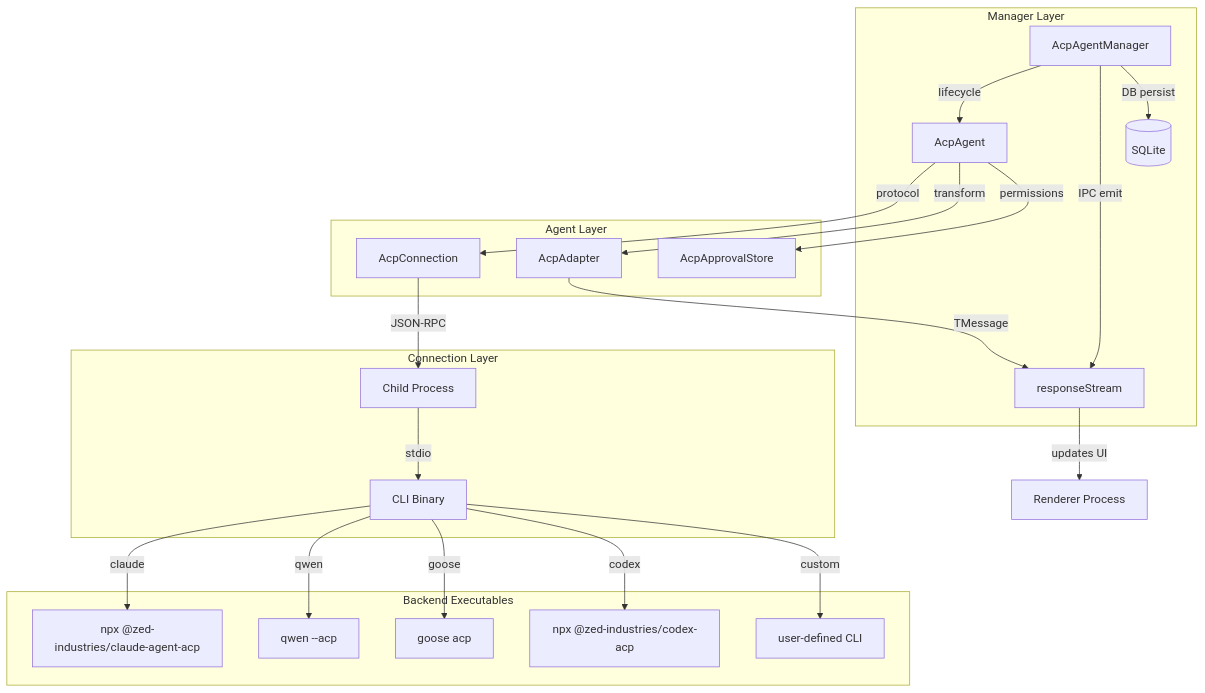
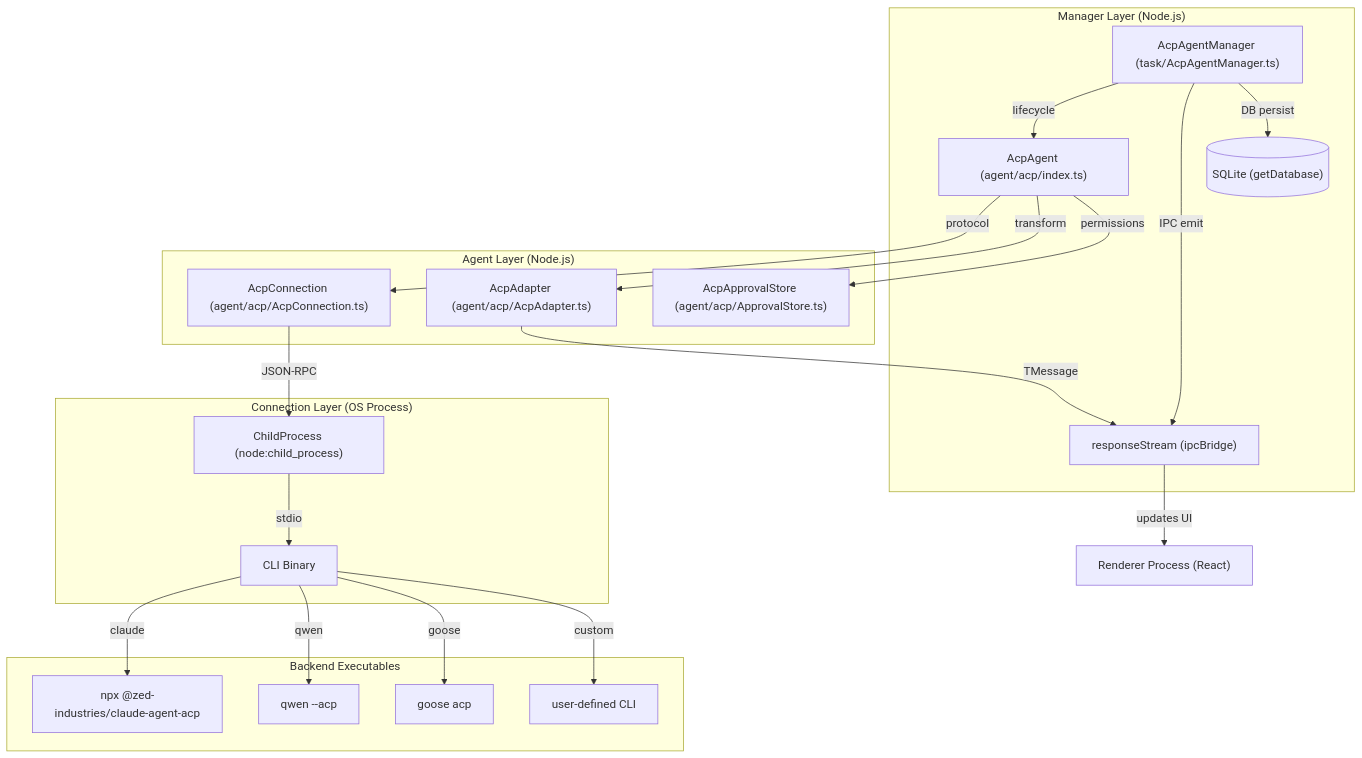
One commit to blackcater/zentree changed the first of 2 diagrams in docs/iOfficeAI_AionUi/ai-agent-systems/acp-agent-integration.md. Above: the diagram before and after it, drawn with Mermaid. The commit also changed other lines of this file and 232 other files, not shown here.

````diff
--- a/docs/iOfficeAI_AionUi/ai-agent-systems/acp-agent-integration.md
+++ b/docs/iOfficeAI_AionUi/ai-agent-systems/acp-agent-integration.md
@@ -46,33 +58,32 @@
 ```mermaid
 graph TB
-    subgraph "Manager Layer"
-        AGM[AcpAgentManager]
+    subgraph "Manager Layer (Node.js)"
+        AGM["AcpAgentManager (task/AcpAgentManager.ts)"]
         AGM -->|lifecycle| AGENT
-        AGM -->|IPC emit| STREAM[responseStream]
-        AGM -->|DB persist| DB[(SQLite)]
+        AGM -->|IPC emit| STREAM["responseStream (ipcBridge)"]
+        AGM -->|DB persist| DB[("SQLite (getDatabase)")]
     end
-
-    subgraph "Agent Layer"
-        AGENT[AcpAgent]
+    
+    subgraph "Agent Layer (Node.js)"
+        AGENT["AcpAgent (agent/acp/index.ts)"]
         AGENT -->|protocol| CONN
-        AGENT -->|transform| ADAPTER[AcpAdapter]
-        AGENT -->|permissions| APPROVAL[AcpApprovalStore]
+        AGENT -->|transform| ADAPTER["AcpAdapter (agent/acp/AcpAdapter.ts)"]
+        AGENT -->|permissions| APPROVAL["AcpApprovalStore (agent/acp/ApprovalStore.ts)"]
     end
-
-    subgraph "Connection Layer"
-        CONN[AcpConnection]
-        CONN -->|JSON-RPC| CHILD[Child Process]
-        CHILD -->|stdio| CLI[CLI Binary]
+    
+    subgraph "Connection Layer (OS Process)"
+        CONN["AcpConnection (agent/acp/AcpConnection.ts)"]
+        CONN -->|JSON-RPC| CHILD["ChildProcess (node:child_process)"]
+        CHILD -->|stdio| CLI["CLI Binary"]
     end
-
+    
     subgraph "Backend Executables"
         CLI -->|claude| CLAUDE["npx @zed-industries/claude-agent-acp"]
         CLI -->|qwen| QWEN["qwen --acp"]
         CLI -->|goose| GOOSE["goose acp"]
-        CLI -->|codex| CODEX["npx @zed-industries/codex-acp"]
         CLI -->|custom| CUSTOM["user-defined CLI"]
     end
-
+    
     ADAPTER -->|TMessage| STREAM
-    STREAM -->|updates UI| RENDERER[Renderer Process]
+    STREAM -->|updates UI| RENDERER["Renderer Process (React)"]
 ```
````
